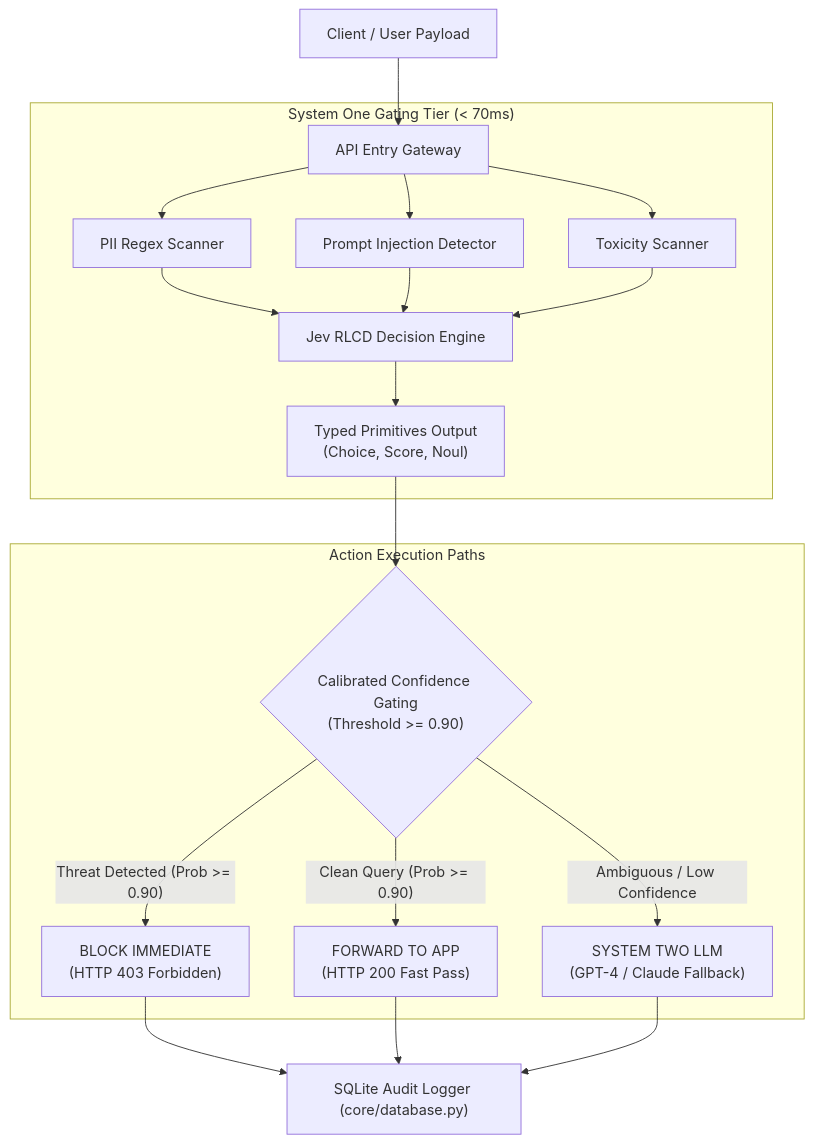
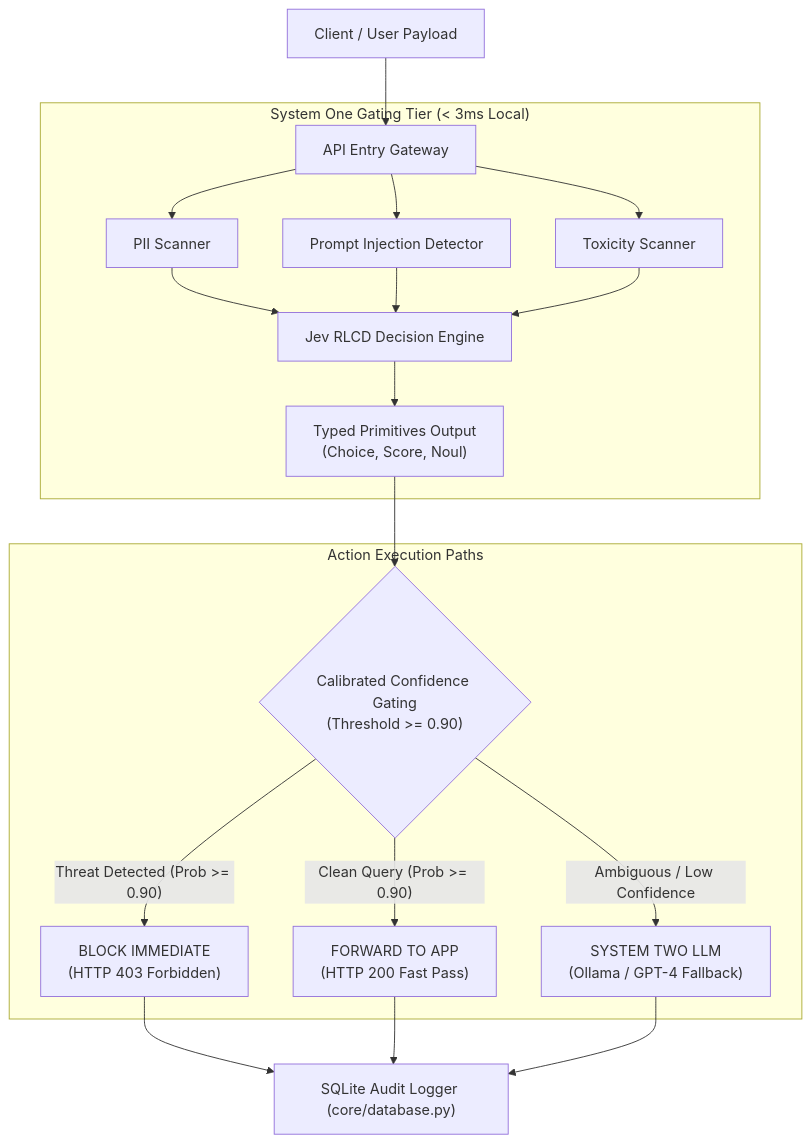
The diagram in README.md (vikasums/rlcd-jev), drawn with Mermaid before and after one commit. The commit also changed other lines of this file and 7 other files, not shown here.

````diff
--- a/README.md
+++ b/README.md
@@ -32,28 +31,28 @@
 ```mermaid
 flowchart TD
     User["Client / User Payload"] --> Gateway["API Entry Gateway"]
     
-    subgraph SystemOne["System One Gating Tier (< 70ms)"]
-        Gateway --> PIITool["PII Regex Scanner"]
+    subgraph SystemOne["System One Gating Tier (< 3ms Local)"]
+        Gateway --> PIITool["PII Scanner"]
         Gateway --> InjTool["Prompt Injection Detector"]
         Gateway --> ToxTool["Toxicity Scanner"]
         
         PIITool --> JevEngine["Jev RLCD Decision Engine"]
         InjTool --> JevEngine
         ToxTool --> JevEngine
         
         JevEngine --> Primitives["Typed Primitives Output<br/>(Choice, Score, Noul)"]
     end
     
     Primitives --> CalibCheck{"Calibrated Confidence Gating<br/>(Threshold >= 0.90)"}
     
     subgraph Actions["Action Execution Paths"]
         CalibCheck --> |"Threat Detected (Prob >= 0.90)"| Block["BLOCK IMMEDIATE<br/>(HTTP 403 Forbidden)"]
         CalibCheck --> |"Clean Query (Prob >= 0.90)"| FastPass["FORWARD TO APP<br/>(HTTP 200 Fast Pass)"]
-        CalibCheck --> |"Ambiguous / Low Confidence"| Escalate["SYSTEM TWO LLM<br/>(GPT-4 / Claude Fallback)"]
+        CalibCheck --> |"Ambiguous / Low Confidence"| Escalate["SYSTEM TWO LLM<br/>(Ollama / GPT-4 Fallback)"]
     end
 
     Block --> DBLog["SQLite Audit Logger (core/database.py)"]
     FastPass --> DBLog
     Escalate --> DBLog
 ```
````
